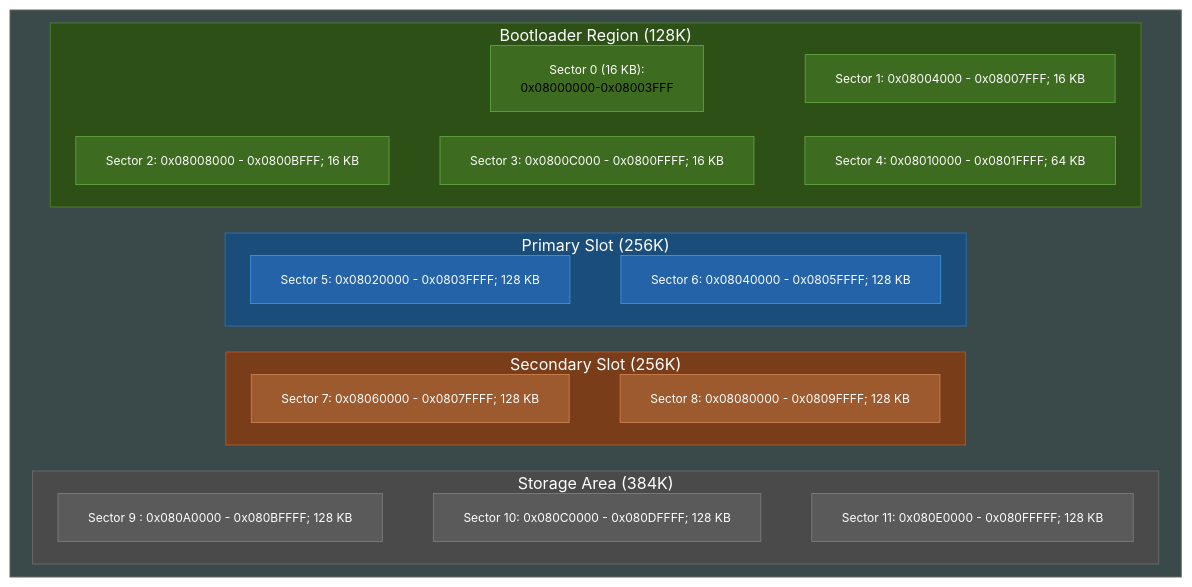
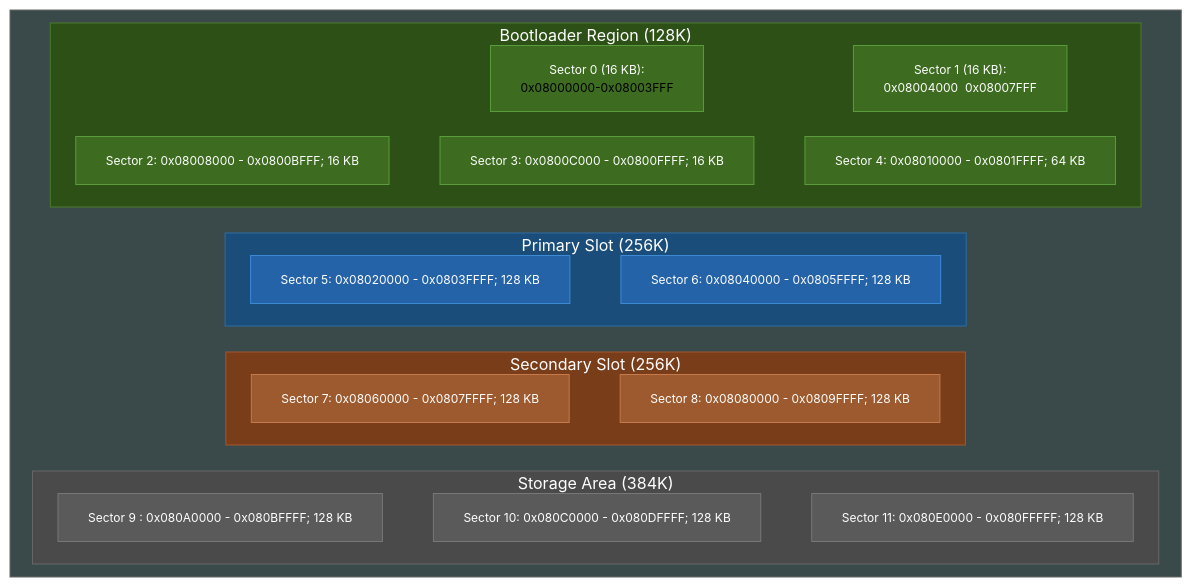
The diagram in README.md (EvgeniyGA/wicked_boot), drawn with Mermaid (neutral theme) before and after one commit.

````diff
--- a/README.md
+++ b/README.md
@@ -17,61 +17,61 @@
 ```mermaid
 flowchart TB
 
     %%{init: {'flowchart': {'nodeSpacing': 25, 'rankSpacing': 1,'useMaxWidth': false}}}%%
     subgraph STM32F407[" "]
         direction TB
         
         subgraph BOOT["Bootloader Region (128K)"]
             B1["Sector 0 (16 KB):<br/><span style='white-space: nowrap;'>0x08000000-0x08003FFF</span>"]
-            B2["<nobr>Sector 1: 0x08004000 - 0x08007FFF; 16 KB</nobr>"]
+            B2["Sector 1 (16 KB):<br/>0x08004000&nbsp;&nbsp;0x08007FFF"]
             B3["<nobr>Sector 2: 0x08008000 - 0x0800BFFF; 16 KB</nobr>"]
             B4["<nobr>Sector 3: 0x0800C000 - 0x0800FFFF; 16 KB</nobr>"]
             B5["<nobr>Sector 4: 0x08010000 - 0x0801FFFF; 64 KB</nobr>"]
             B1 ~~~ B2
             B3 ~~~ B4
 			B4 ~~~ B5
         end
         
         subgraph PRIMARY["Primary Slot (256K)"]
 			P1["<nobr>Sector 5: 0x08020000 - 0x0803FFFF; 128 KB</nobr>"]
 			P2["<nobr>Sector 6: 0x08040000 - 0x0805FFFF; 128 KB</nobr>"]
 			P1 ~~~ P2
         end
         
         subgraph SECONDARY["Secondary Slot (256K)"]
 			S1["<nobr>Sector 7: 0x08060000 - 0x0807FFFF; 128 KB</nobr>"]
 			S2["<nobr>Sector 8: 0x08080000 - 0x0809FFFF; 128 KB</nobr>"]
 			S1 ~~~ S2
         end
         
         subgraph SCRATCH["Storage Area (384K)"]
             SC1["<nobr>Sector 9 : 0x080A0000 - 0x080BFFFF; 128 KB</nobr>"]
 			SC2["<nobr>Sector 10: 0x080C0000 - 0x080DFFFF; 128 KB</nobr>"]
 			SC3["<nobr>Sector 11: 0x080E0000 - 0x080FFFFF; 128 KB</nobr>"]
 			SC1 ~~~ SC2
 			SC2 ~~~ SC3
         end
 
         BOOT ~~~ PRIMARY
         PRIMARY ~~~ SECONDARY
         SECONDARY ~~~ SCRATCH
     end
 
     style STM32F407 fill:#3a4a4a,stroke:#666,stroke-width:1px,color:#fff
     style BOOT fill:#2d5016,stroke:#4a7c2c,stroke-width:1px,color:#fff
     style PRIMARY fill:#1a4d7a,stroke:#2e6da4,stroke-width:1px,color:#fff
     style SECONDARY fill:#7a3d1a,stroke:#a4562e,stroke-width:1px,color:#fff
     style SCRATCH fill:#4a4a4a,stroke:#666,stroke-width:1px,color:#fff
     style B1 fill:#3d6b1f,stroke:#5a9c3c,stroke-width:1px,color:#fff,font-size:12px
     style B2 fill:#3d6b1f,stroke:#5a9c3c,stroke-width:1px,color:#fff,font-size:12px
     style B3 fill:#3d6b1f,stroke:#5a9c3c,stroke-width:1px,color:#fff,font-size:12px
     style B4 fill:#3d6b1f,stroke:#5a9c3c,stroke-width:1px,color:#fff,font-size:12px
     style B5 fill:#3d6b1f,stroke:#5a9c3c,stroke-width:1px,color:#fff,font-size:12px
     style P1 fill:#2563a8,stroke:#3d8ad4,stroke-width:1px,color:#fff,font-size:12px
     style P2 fill:#2563a8,stroke:#3d8ad4,stroke-width:1px,color:#fff,font-size:12px
     style S1 fill:#9c5a2e,stroke:#c47a4a,stroke-width:1px,color:#fff,font-size:12px
     style S2 fill:#9c5a2e,stroke:#c47a4a,stroke-width:1px,color:#fff,font-size:12px
     style SC1 fill:#5a5a5a,stroke:#777,stroke-width:1px,color:#fff,font-size:12px
     style SC2 fill:#5a5a5a,stroke:#777,stroke-width:1px,color:#fff,font-size:12px
     style SC3 fill:#5a5a5a,stroke:#777,stroke-width:1px,color:#fff,font-size:12px
 ```
````
